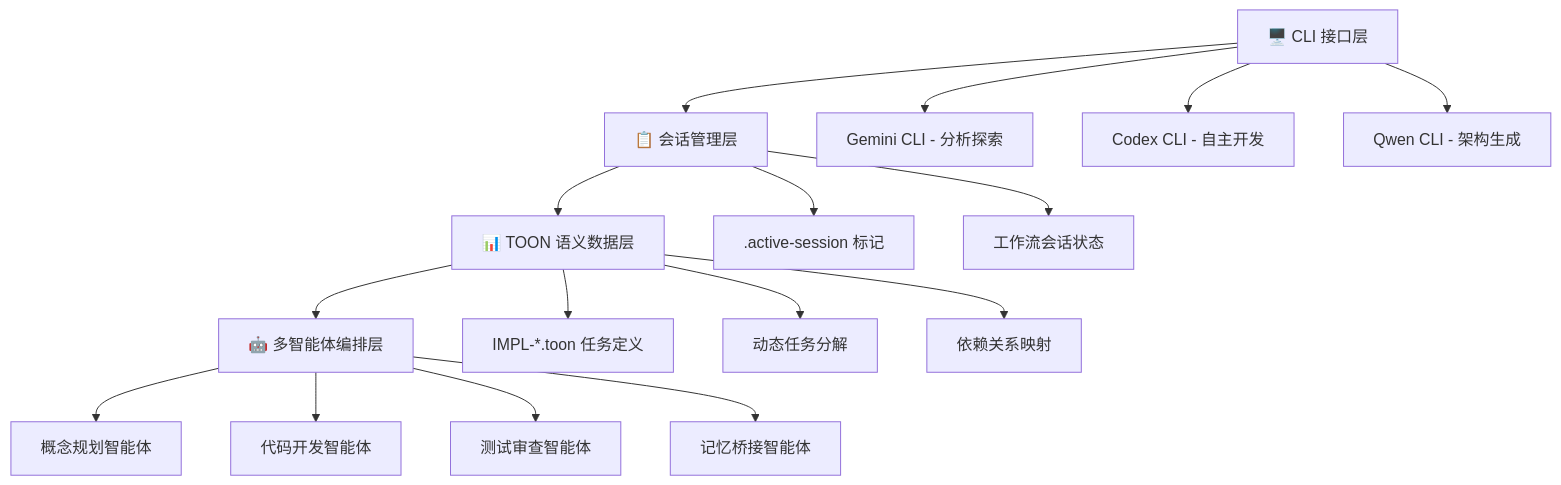
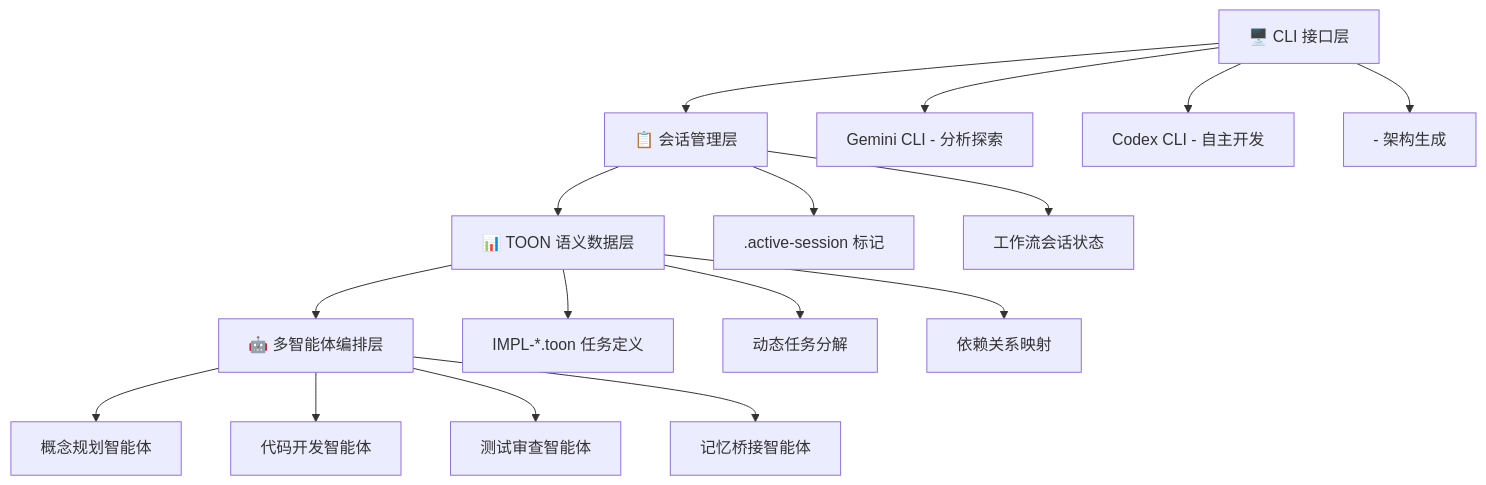
Before and after one commit to ding113/Claude-Code-Workflow: the first of 2 diagrams in PROJECT_INTRODUCTION.md, drawn with Mermaid. The commit also changed other lines of this file and 53 other files, not shown here.

First line of the commit message:
refactor(install): remove qwen CLI tool from installation scripts

````diff
--- a/PROJECT_INTRODUCTION.md
+++ b/PROJECT_INTRODUCTION.md
@@ -27,22 +27,22 @@
 ```mermaid
 graph TD
     A[🖥️ CLI 接口层] --> B[📋 会话管理层]
     B --> C[📊 TOON 语义数据层]
     C --> D[🤖 多智能体编排层]
 
     A --> A1[Gemini CLI - 分析探索]
     A --> A2[Codex CLI - 自主开发]
-    A --> A3[Qwen CLI - 架构生成]
+    A --> A3[ - 架构生成]
 
     B --> B1[.active-session 标记]
     B --> B2[工作流会话状态]
 
     C --> C1[IMPL-*.toon 任务定义]
     C --> C2[动态任务分解]
     C --> C3[依赖关系映射]
 
     D --> D1[概念规划智能体]
     D --> D2[代码开发智能体]
     D --> D3[测试审查智能体]
     D --> D4[记忆桥接智能体]
 ```
````
